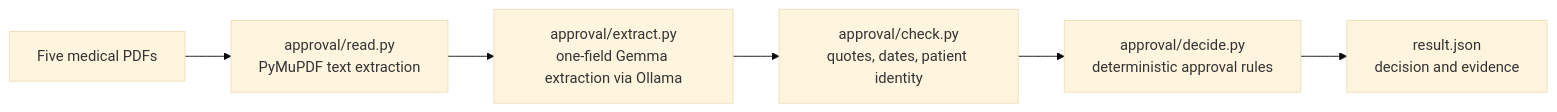
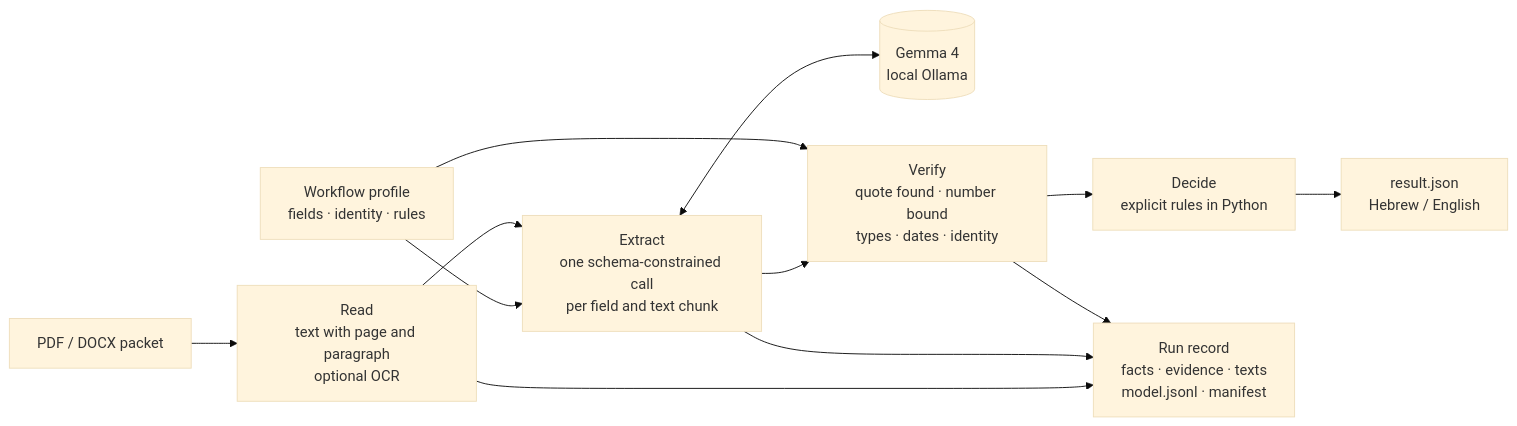
The diagram in README.md (Doringber/harelai), drawn with Mermaid (base theme) before and after one commit. The commit also changed other lines of this file and 84 other files, not shown here.

````diff
--- a/README.md
+++ b/README.md
@@ -17,8 +113,12 @@
-~~~mermaid
+```mermaid
 flowchart LR
-    A[Five medical PDFs] --> B[approval/read.py<br/>PyMuPDF text extraction]
-    B --> C[approval/extract.py<br/>one-field Gemma extraction via Ollama]
-    C --> D[approval/check.py<br/>quotes, dates, patient identity]
-    D --> E[approval/decide.py<br/>deterministic approval rules]
-    E --> F[result.json<br/>decision and evidence]
-~~~
+    D[PDF / DOCX packet] --> R[Read<br/>text with page and paragraph<br/>optional OCR]
+    P[Workflow profile<br/>fields · identity · rules] --> X
+    R --> X[Extract<br/>one schema-constrained call<br/>per field and text chunk]
+    X <--> L[(Gemma 4<br/>local Ollama)]
+    X --> V[Verify<br/>quote found · number bound<br/>types · dates · identity]
+    P --> V
+    V --> E[Decide<br/>explicit rules in Python]
+    E --> O[result.json<br/>Hebrew / English]
+    R & X & V --> A[Run record<br/>facts · evidence · texts<br/>model.jsonl · manifest]
+```
````
